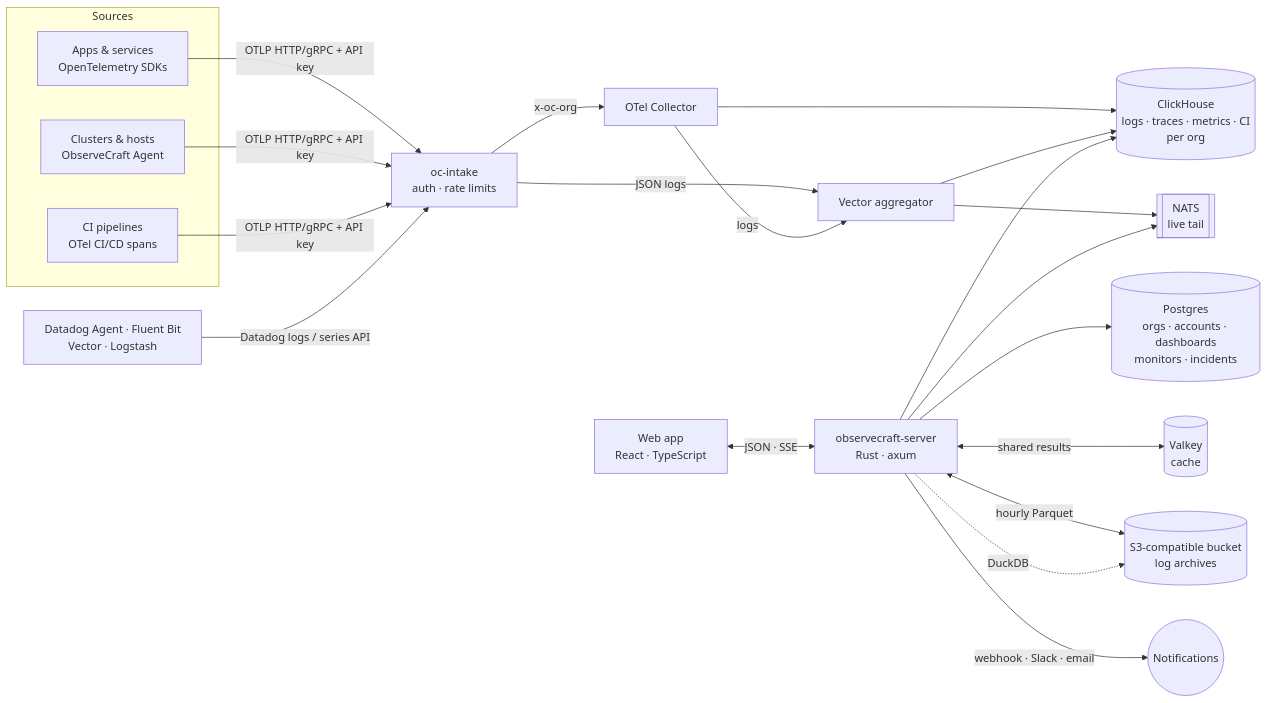
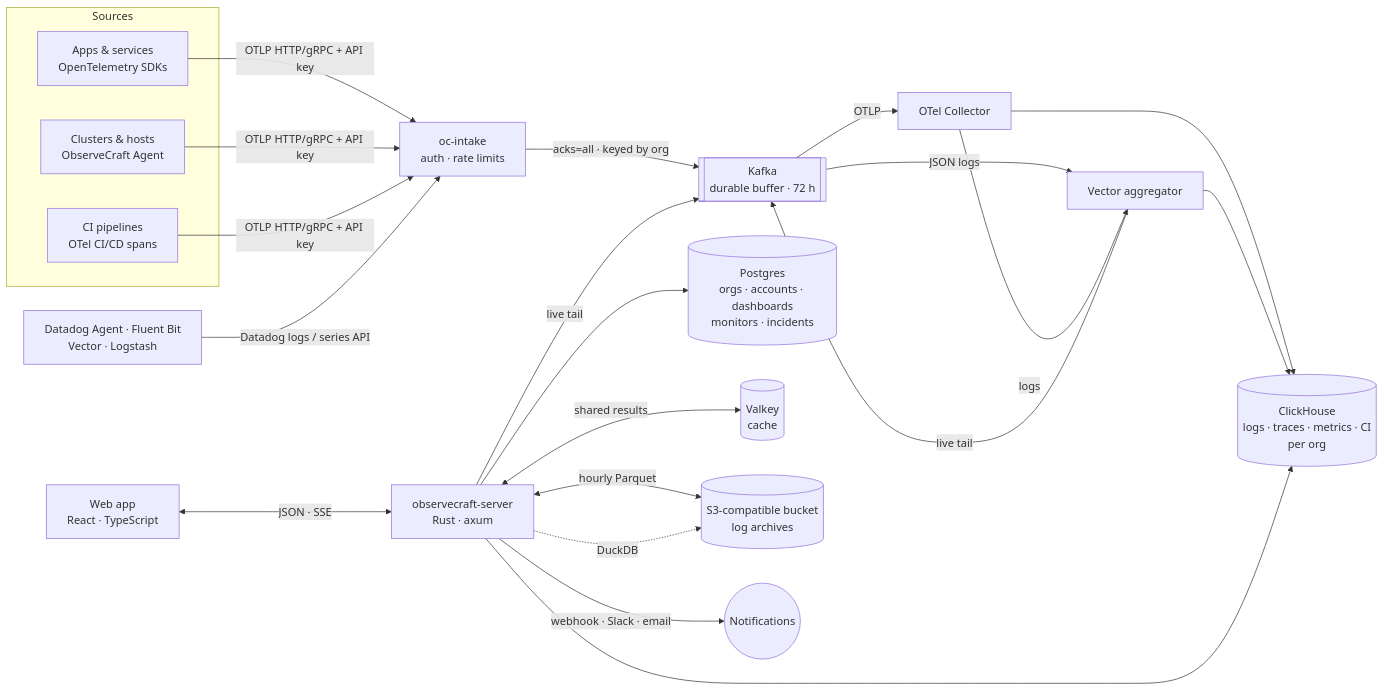
The diagram in README.md (observecraft/observecraft), drawn with Mermaid before and after one commit. The commit also changed other lines of this file and 203 other files, not shown here.

First line of the commit message:
feat!: Cloud Cost, Code Security, Kafka ingestion buffer, APM and portal pages (#49)

````diff
--- a/README.md
+++ b/README.md
@@ -242,25 +242,26 @@
 ```mermaid
 flowchart LR
   subgraph Sources
     A[Apps & services<br/>OpenTelemetry SDKs]
     H[Clusters & hosts<br/>ObserveCraft Agent]
     C[CI pipelines<br/>OTel CI/CD spans]
   end
   D[Datadog Agent · Fluent Bit<br/>Vector · Logstash]
   A & H & C -->|OTLP HTTP/gRPC + API key| IN[oc-intake<br/>auth · rate limits]
   D -->|Datadog logs / series API| IN
-  IN -->|x-oc-org| COL[OTel Collector]
-  IN -->|JSON logs| VEC[Vector aggregator]
+  IN -->|acks=all · keyed by org| K[[Kafka<br/>durable buffer · 72 h]]
+  K -->|OTLP| COL[OTel Collector]
+  K -->|JSON logs| VEC[Vector aggregator]
   COL -->|logs| VEC
   COL --> CH[(ClickHouse<br/>logs · traces · metrics · CI<br/>per org)]
   VEC --> CH
-  VEC --> NATS[[NATS<br/>live tail]]
+  VEC -->|live tail| K
   API[observecraft-server<br/>Rust · axum] --> CH
   API --> PG[(Postgres<br/>orgs · accounts · dashboards<br/>monitors · incidents)]
-  API --> NATS
+  API -->|live tail| K
   API <-->|shared results| VK[(Valkey<br/>cache)]
   API <-->|hourly Parquet| S3[(S3-compatible bucket<br/>log archives)]
   API -.->|DuckDB| S3
   API -->|webhook · Slack · email| OUT((Notifications))
   UI[Web app<br/>React · TypeScript] <-->|JSON · SSE| API
 ```
````
